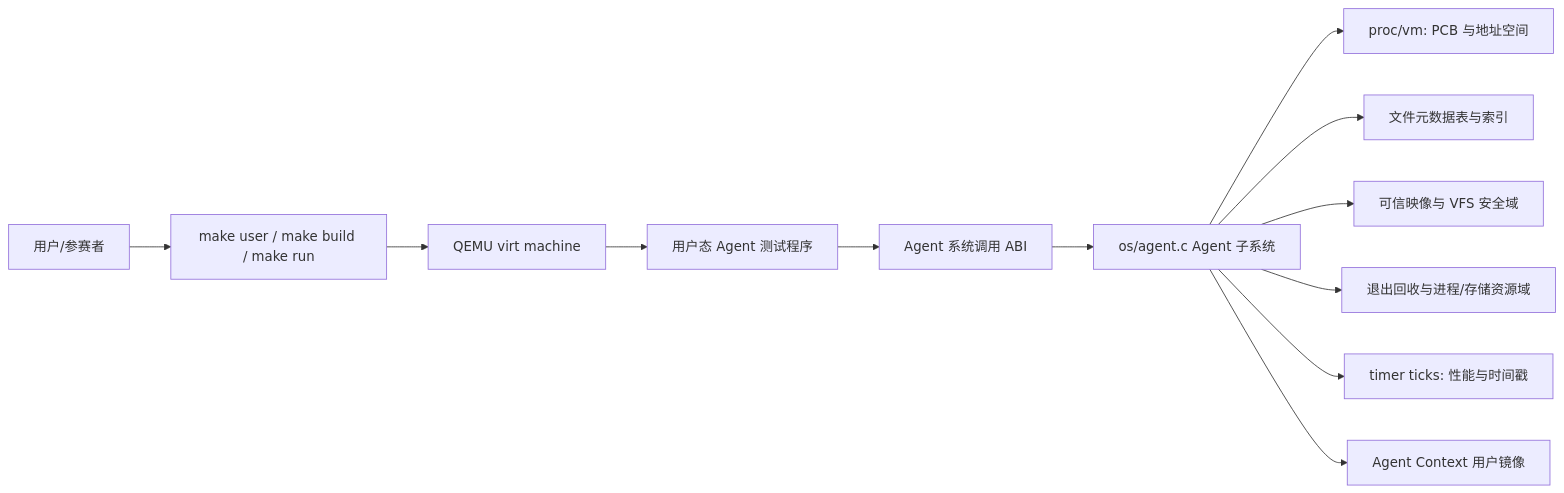
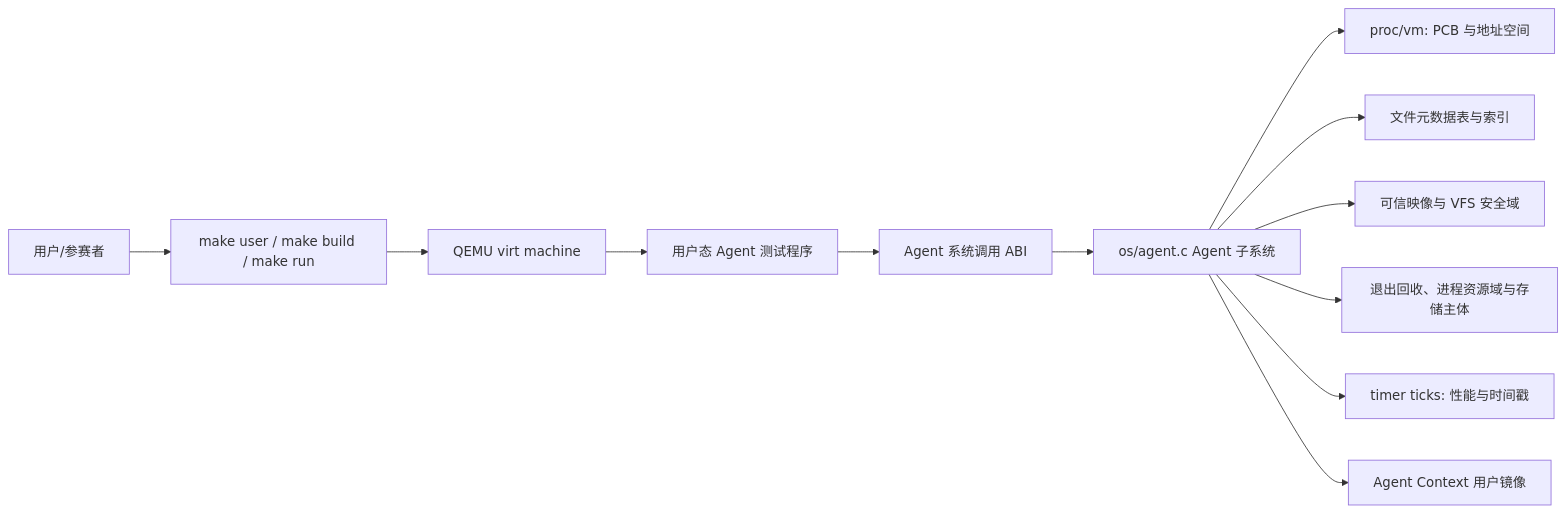
The first of 11 diagrams in docs/agentos/design.md (yushugulao/Agent-OS), drawn with Mermaid before and after one commit. The commit also changed other lines of this file and 41 other files, not shown here.

````diff
--- a/docs/agentos/design.md
+++ b/docs/agentos/design.md
@@ -55,14 +55,14 @@
 ```mermaid
 flowchart LR
     User["用户/参赛者"] --> Build["make user / make build / make run"]
     Build --> QEMU["QEMU virt machine"]
     QEMU --> UserAgent["用户态 Agent 测试程序"]
     UserAgent --> Syscall["Agent 系统调用 ABI"]
     Syscall --> KernelAgent["os/agent.c Agent 子系统"]
     KernelAgent --> Proc["proc/vm: PCB 与地址空间"]
     KernelAgent --> FileMeta["文件元数据表与索引"]
     KernelAgent --> Trust["可信映像与 VFS 安全域"]
-    KernelAgent --> Lifecycle["退出回收与进程/存储资源域"]
+    KernelAgent --> Lifecycle["退出回收、进程资源域与存储主体"]
     KernelAgent --> Clock["timer ticks: 性能与时间戳"]
     KernelAgent --> Context["Agent Context 用户镜像"]
 ```
````
